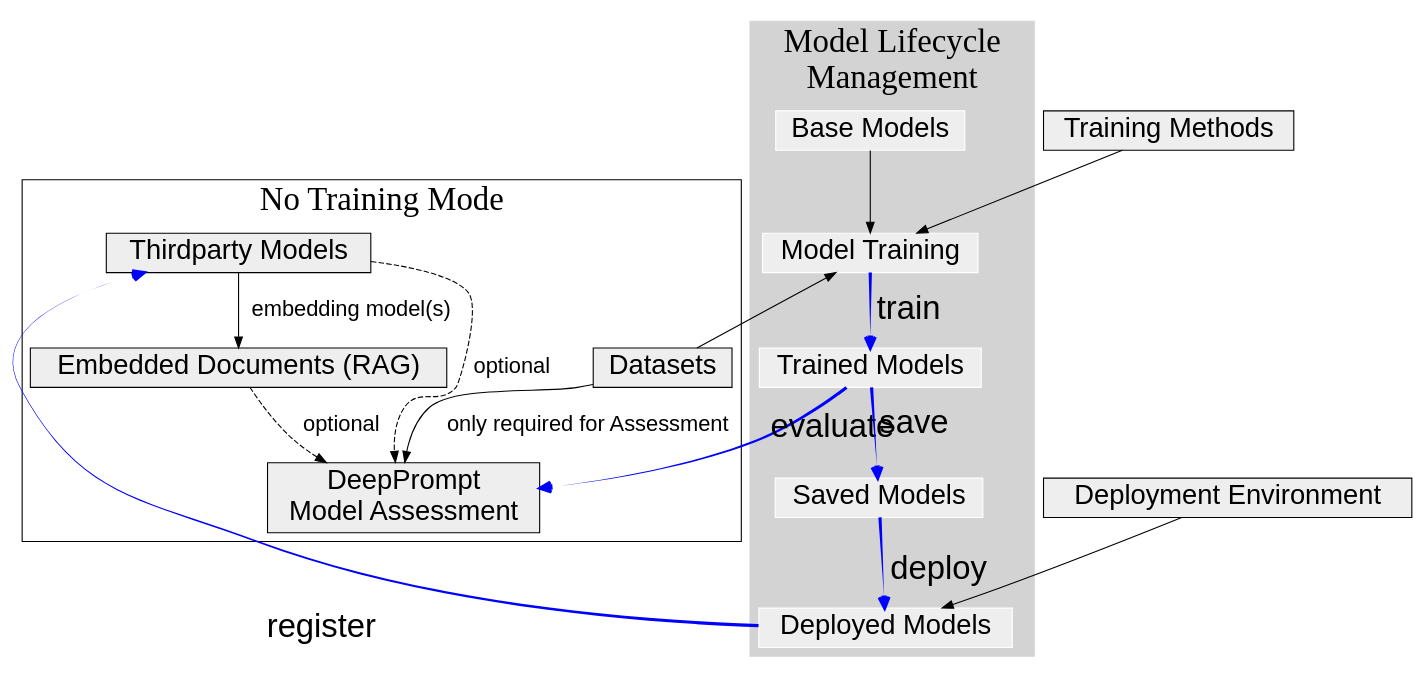
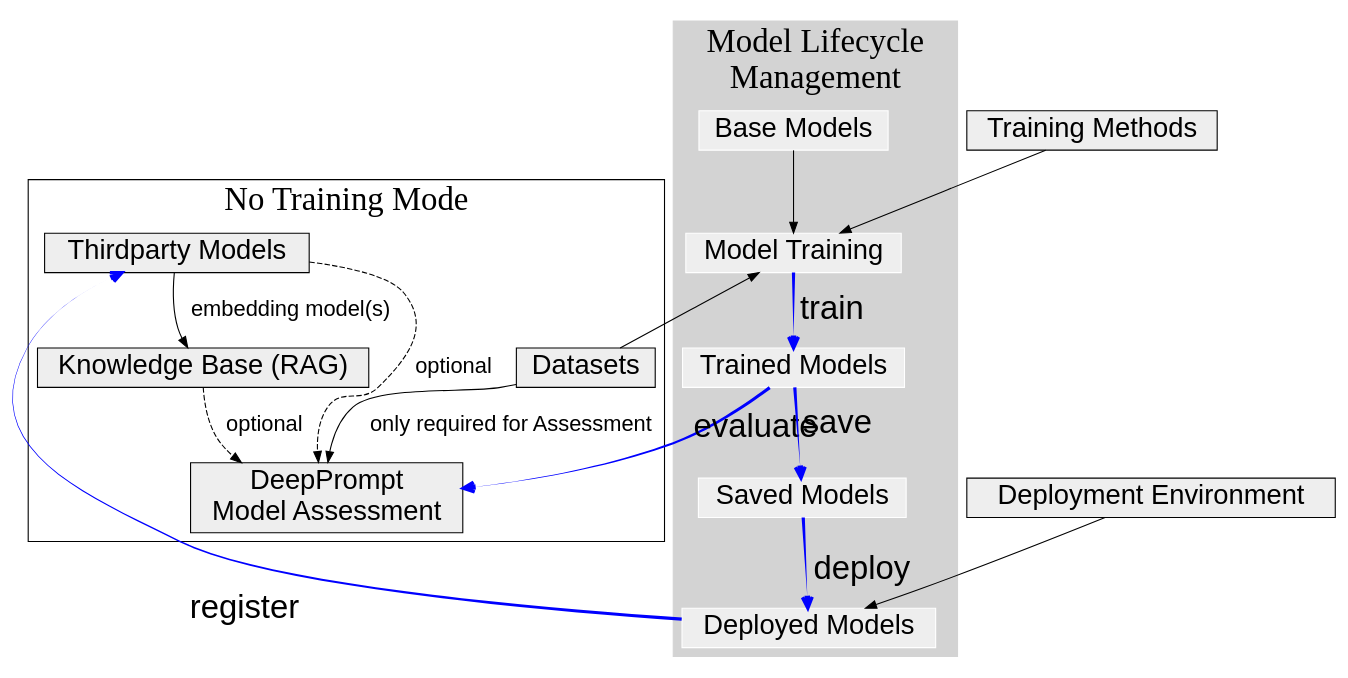
One commit to Junks5020/deepe-docs changed the diagram in docs/tutorials/process_dep_graph.dot. Above: the diagram before and after it, drawn with Graphviz. The commit also changed 20 other files, not shown here.

```diff
--- a/docs/tutorials/process_dep_graph.dot
+++ b/docs/tutorials/process_dep_graph.dot
@@ -1,60 +1,60 @@
 digraph g {
 	ratio=fill;
 	splines=spline;
 	overlap=scale;
 
     edge [fontsize=20, fontname="Helvetica"];
 
 	node [
 		shape=box,
 		// fixedsize=true,
 		width=0.3,
 		color="black",
 		fillcolor="#eeeeee",
 		style="filled,solid",
 		fontsize=25,
         fontname="Helvetica"
 	];
 
     subgraph cluster_1 {
 		node [style=filled];
 		nRAG -> nPromp [style=dashed, label="optional"];
         nThirdModel -> nRAG [label="embedding model(s)"];
         nDataset -> nPromp [label="only required for Assessment"];
         nThirdModel -> nPromp [style=dashed, label="optional"];
 		label = "No Training Mode";
         fontsize=30
 	}
 
     subgraph cluster_0 {
 		style=filled;
 		color=lightgrey;
 		node [style=filled,color=white];
 		nBModel -> nTrainingModels;
         nTrainingModels -> nTrainedModels [style="bold,tapered", arrowhead=vee, penwidth=3, color=blue, label="train", fontsize=30];
         nTrainedModels -> nSavedModels [style="bold,tapered", arrowhead=vee, penwidth=3, color=blue, label="save", fontsize=30];
         nSavedModels -> nDeployedModels [style="bold,tapered", arrowhead=vee, penwidth=3, color=blue, label="deploy", fontsize=30];
         label = "Model Lifecycle\nManagement";
         fontsize=30
 	}
 
 
-	nRAG [label="Embedded Documents (RAG)"];
+	nRAG [label="Knowledge Base (RAG)"];
 	nBModel [label="Base Models"];
 	nDataset [label="Datasets"];
 	nThirdModel [label="Thirdparty Models"];
 	nPromp [label="DeepPrompt\nModel Assessment"];
 	nTrainingModels [label="Model Training"];
 	nTrainedModels [label="Trained Models"];
 	nSavedModels [label="Saved Models"];
 	nDeployedModels [label="Deployed Models"];
 	nDeployEnv [label="Deployment Environment"];
 	nTrainingMethods [label="Training Methods"];
 	// n [label=""]
     nDataset -> nTrainingModels;
     nTrainingMethods -> nTrainingModels;
     nDeployEnv -> nDeployedModels;
     nDeployedModels -> nThirdModel [style="bold,tapered", arrowhead=vee, penwidth=3, color=blue, taillabel="register", fontsize=30, labeldistance=40, labelangle=3 ];
     nTrainedModels -> nPromp [style="bold,tapered", arrowhead=vee, penwidth=3, color=blue, taillabel="evaluate", fontsize=30, labeldistance=4, labelangle=35];
     // https://edotor.net/
 }
```
